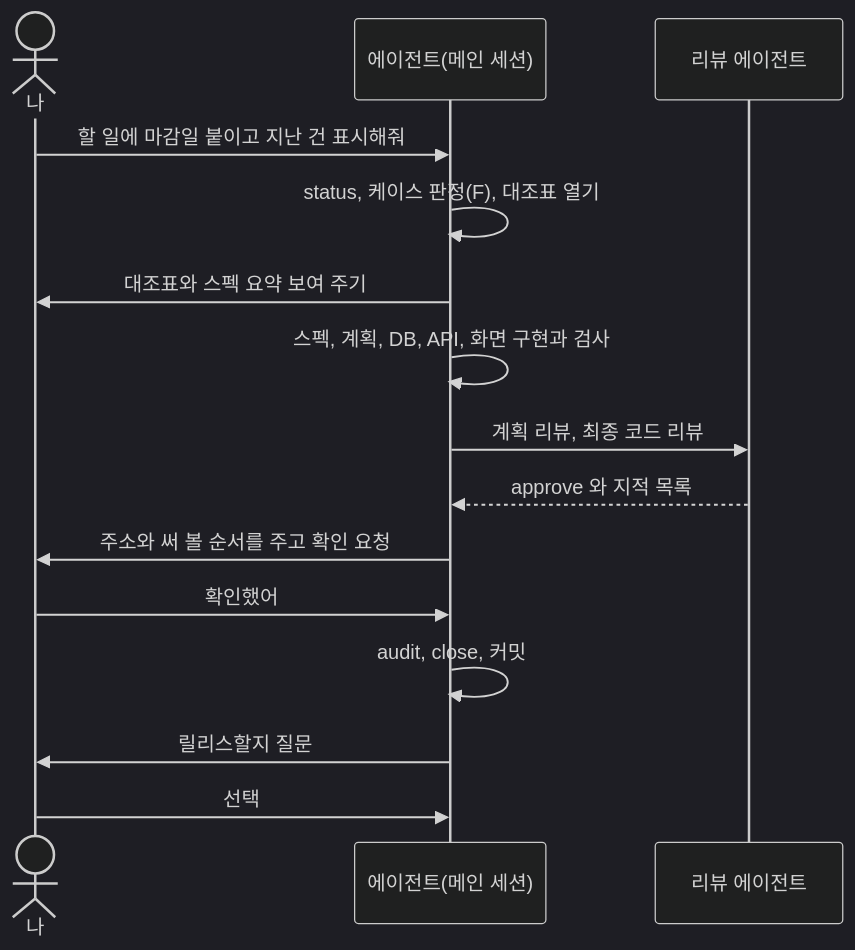
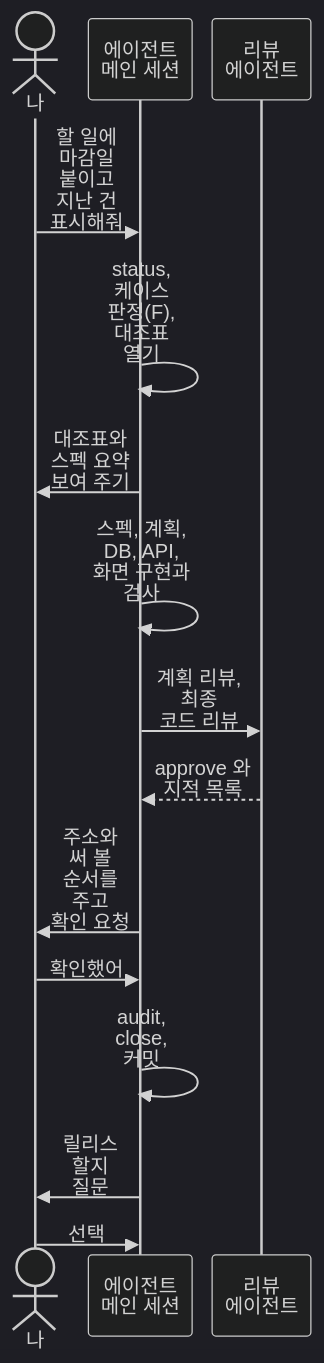
Before and after one commit to roadkwon-ai/pro-kit: the diagram in handbook/concepts/round-example.md, drawn with Mermaid (dark theme). The commit also changed 26 other files, not shown here.

````diff
--- a/handbook/concepts/round-example.md
+++ b/handbook/concepts/round-example.md
@@ -13,17 +13,27 @@
 ```mermaid
+---
+config:
+  sequence:
+    width: 70
+    actorMargin: 0
+    messageMargin: 30
+    boxMargin: 4
+    diagramMarginX: 10
+    diagramMarginY: 10
+---
 sequenceDiagram
   actor U as 나
-  participant A as 에이전트(메인 세션)
-  participant R as 리뷰 에이전트
-  U->>A: 할 일에 마감일 붙이고 지난 건 표시해줘
-  A->>A: status, 케이스 판정(F), 대조표 열기
-  A->>U: 대조표와 스펙 요약 보여 주기
-  A->>A: 스펙, 계획, DB, API, 화면 구현과 검사
-  A->>R: 계획 리뷰, 최종 코드 리뷰
-  R-->>A: approve 와 지적 목록
-  A->>U: 주소와 써 볼 순서를 주고 확인 요청
+  participant A as 에이전트<br/>메인 세션
+  participant R as 리뷰<br/>에이전트
+  U->>A: 할 일에<br/>마감일<br/>붙이고<br/>지난 건<br/>표시해줘
+  A->>A: status,<br/>케이스<br/>판정(F),<br/>대조표<br/>열기
+  A->>U: 대조표와<br/>스펙 요약<br/>보여 주기
+  A->>A: 스펙, 계획,<br/>DB, API,<br/>화면 구현과<br/>검사
+  A->>R: 계획 리뷰,<br/>최종<br/>코드 리뷰
+  R-->>A: approve 와<br/>지적 목록
+  A->>U: 주소와<br/>써 볼<br/>순서를<br/>주고<br/>확인 요청
   U->>A: 확인했어
-  A->>A: audit, close, 커밋
-  A->>U: 릴리스할지 질문
+  A->>A: audit,<br/>close,<br/>커밋
+  A->>U: 릴리스<br/>할지<br/>질문
   U->>A: 선택
 ```
````
